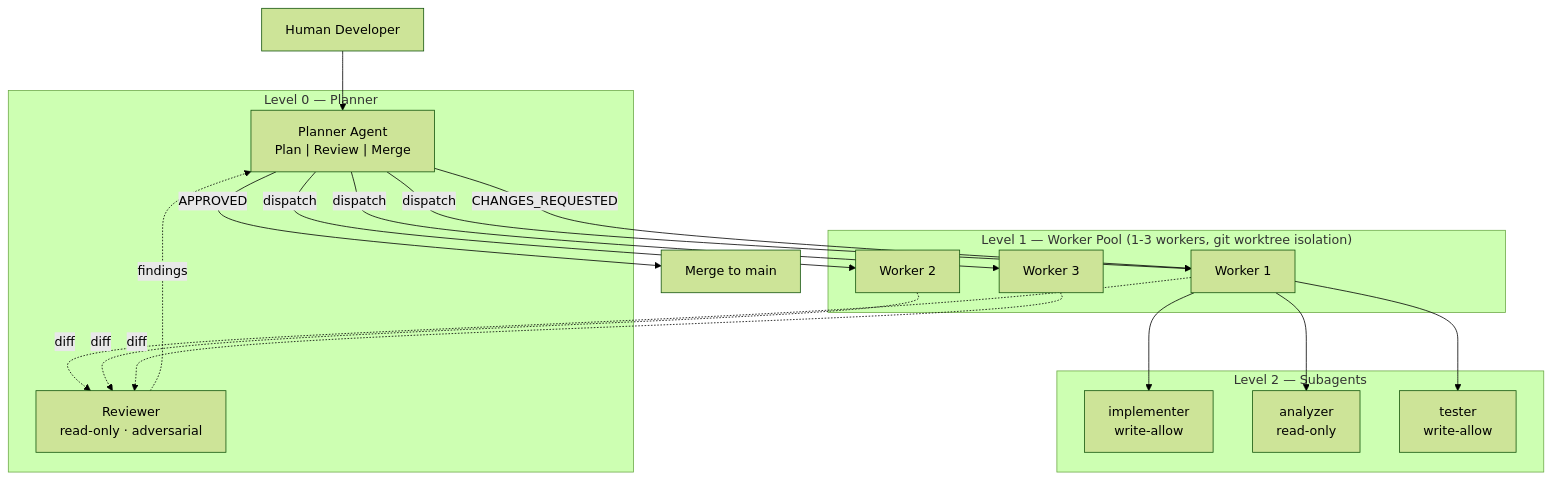
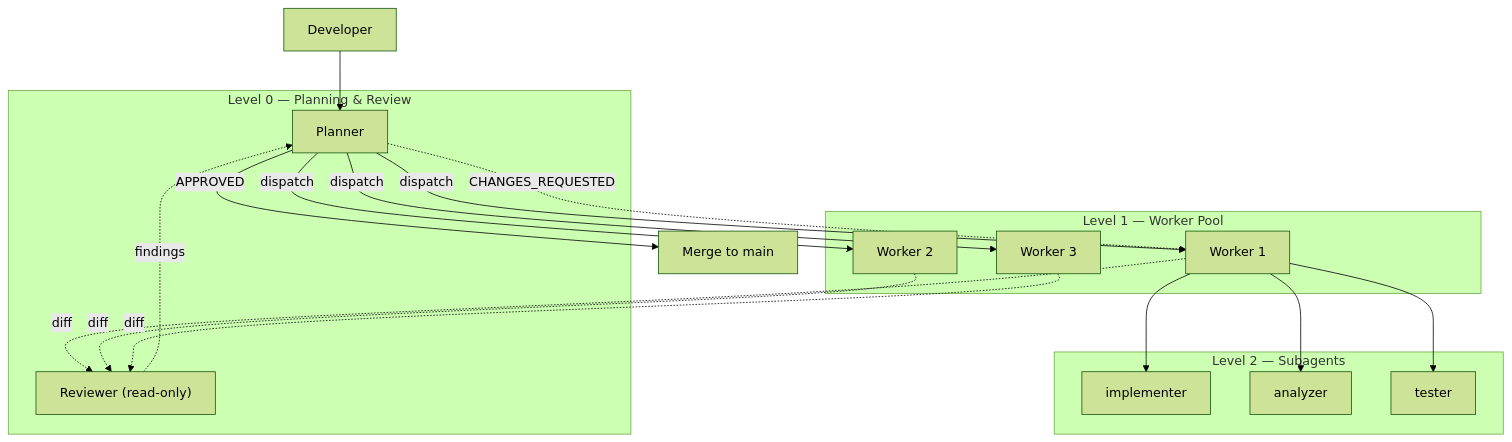
Before and after one commit to fzhiy/multi-agent-dev-framework: the diagram in README.md, drawn with Mermaid (forest theme). The commit also changed other lines of this file and 2 other files, not shown here.

Commit message:
docs: split mode guides to docs/, generalize architecture diagram

````diff
--- a/README.md
+++ b/README.md
@@ -20,37 +20,37 @@
 ```mermaid
-graph TB
-    Human["Human Developer"] --> Planner
+graph TD
+    Dev[Developer] --> Planner
 
-    subgraph "Level 0 — Planner"
-        Planner["Planner Agent<br/>Plan | Review | Merge"]
-        Reviewer["Reviewer<br/>read-only · adversarial"]
+    subgraph L0["Level 0 — Planning & Review"]
+        Planner
+        Reviewer["Reviewer (read-only)"]
     end
 
-    subgraph "Level 1 — Worker Pool (1-3 workers, git worktree isolation)"
-        W1["Worker 1"]
-        W2["Worker 2"]
-        W3["Worker 3"]
+    subgraph L1["Level 1 — Worker Pool"]
+        W1[Worker 1]
+        W2[Worker 2]
+        W3[Worker 3]
     end
 
-    subgraph "Level 2 — Subagents"
-        impl["implementer<br/>write-allow"]
-        analyzer["analyzer<br/>read-only"]
-        tester["tester<br/>write-allow"]
+    subgraph L2["Level 2 — Subagents"]
+        impl[implementer]
+        analyzer[analyzer]
+        tester[tester]
     end
 
-    Planner -->|"dispatch"| W1
-    Planner -->|"dispatch"| W2
-    Planner -->|"dispatch"| W3
+    Planner -->|dispatch| W1
+    Planner -->|dispatch| W2
+    Planner -->|dispatch| W3
 
     W1 --> impl
     W1 --> analyzer
     W1 --> tester
 
-    W1 -.->|"diff"| Reviewer
-    W2 -.->|"diff"| Reviewer
-    W3 -.->|"diff"| Reviewer
-    Reviewer -.->|"findings"| Planner
+    W1 -.->|diff| Reviewer
+    W2 -.->|diff| Reviewer
+    W3 -.->|diff| Reviewer
+    Reviewer -.->|findings| Planner
 
-    Planner -->|"APPROVED"| Merge["Merge to main"]
-    Planner -->|"CHANGES_REQUESTED"| W1
+    Planner -->|APPROVED| Merge[Merge to main]
+    Planner -.->|CHANGES_REQUESTED| W1
 ```
````
